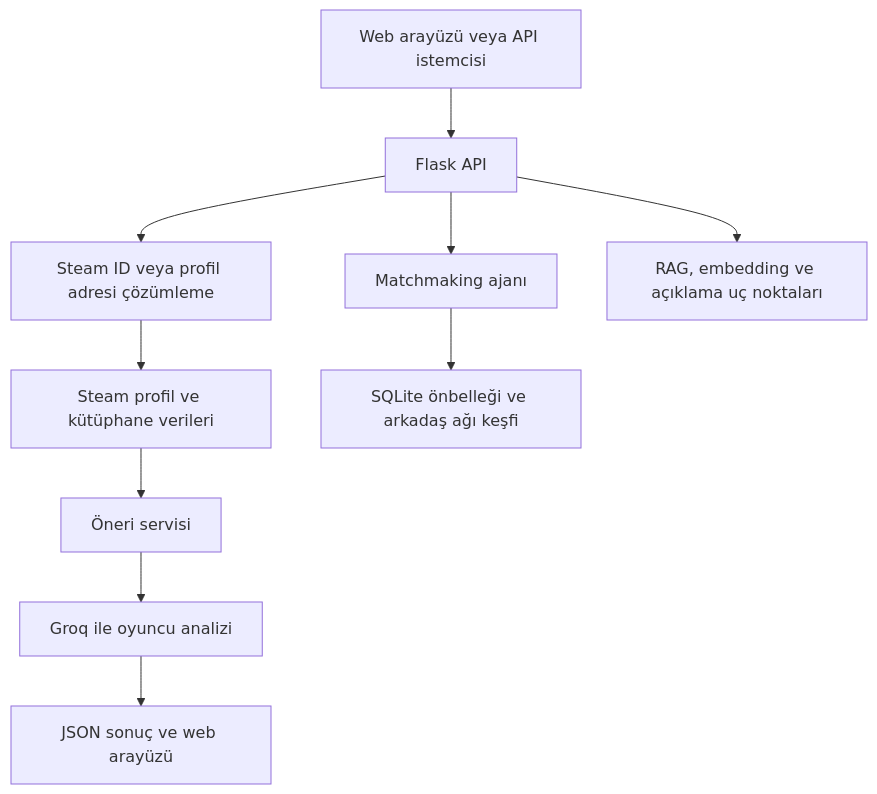
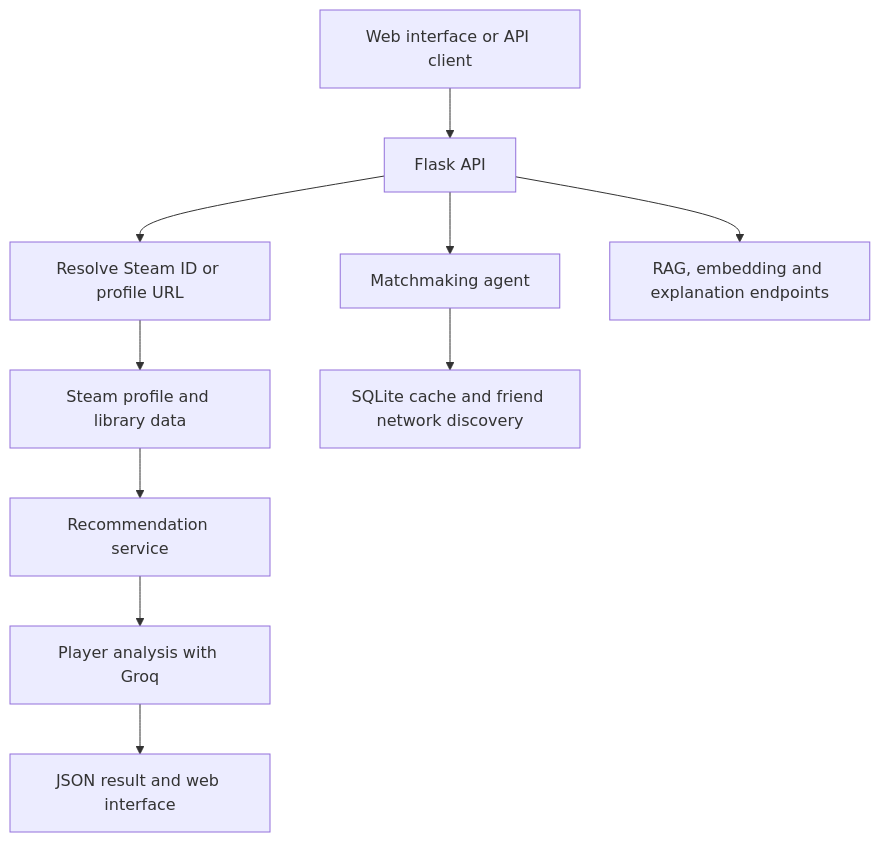
One commit to symNistaken/steam-agentai changed the diagram in README.md. Above: the diagram before and after it, drawn with Mermaid. The commit also changed other lines of this file, not shown here.

````diff
--- a/README.md
+++ b/README.md
@@ -50,12 +50,12 @@
 ```mermaid
 flowchart TD
-    A[Web arayüzü veya API istemcisi] --> B[Flask API]
-    B --> C[Steam ID veya profil adresi çözümleme]
-    C --> D[Steam profil ve kütüphane verileri]
-    D --> E[Öneri servisi]
-    E --> F[Groq ile oyuncu analizi]
-    F --> G[JSON sonuç ve web arayüzü]
-    B --> H[Matchmaking ajanı]
-    H --> I[SQLite önbelleği ve arkadaş ağı keşfi]
-    B --> J[RAG, embedding ve açıklama uç noktaları]
+    A[Web interface or API client] --> B[Flask API]
+    B --> C[Resolve Steam ID or profile URL]
+    C --> D[Steam profile and library data]
+    D --> E[Recommendation service]
+    E --> F[Player analysis with Groq]
+    F --> G[JSON result and web interface]
+    B --> H[Matchmaking agent]
+    H --> I[SQLite cache and friend network discovery]
+    B --> J[RAG, embedding and explanation endpoints]
 ```
````
